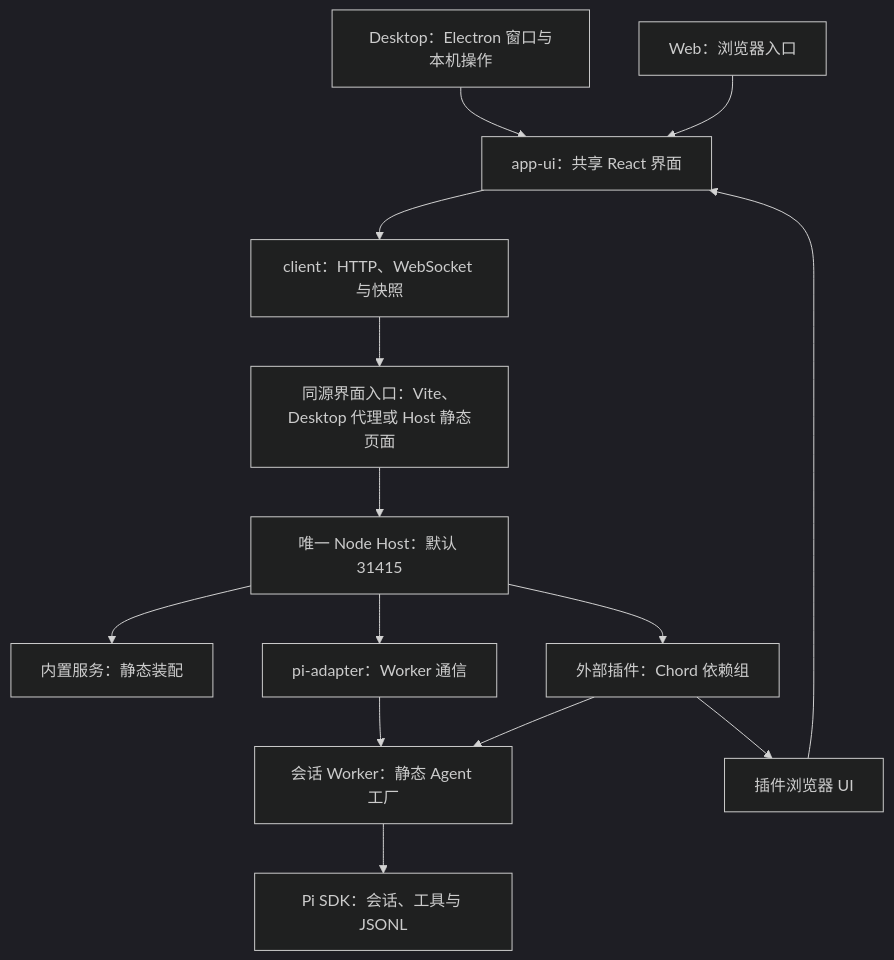
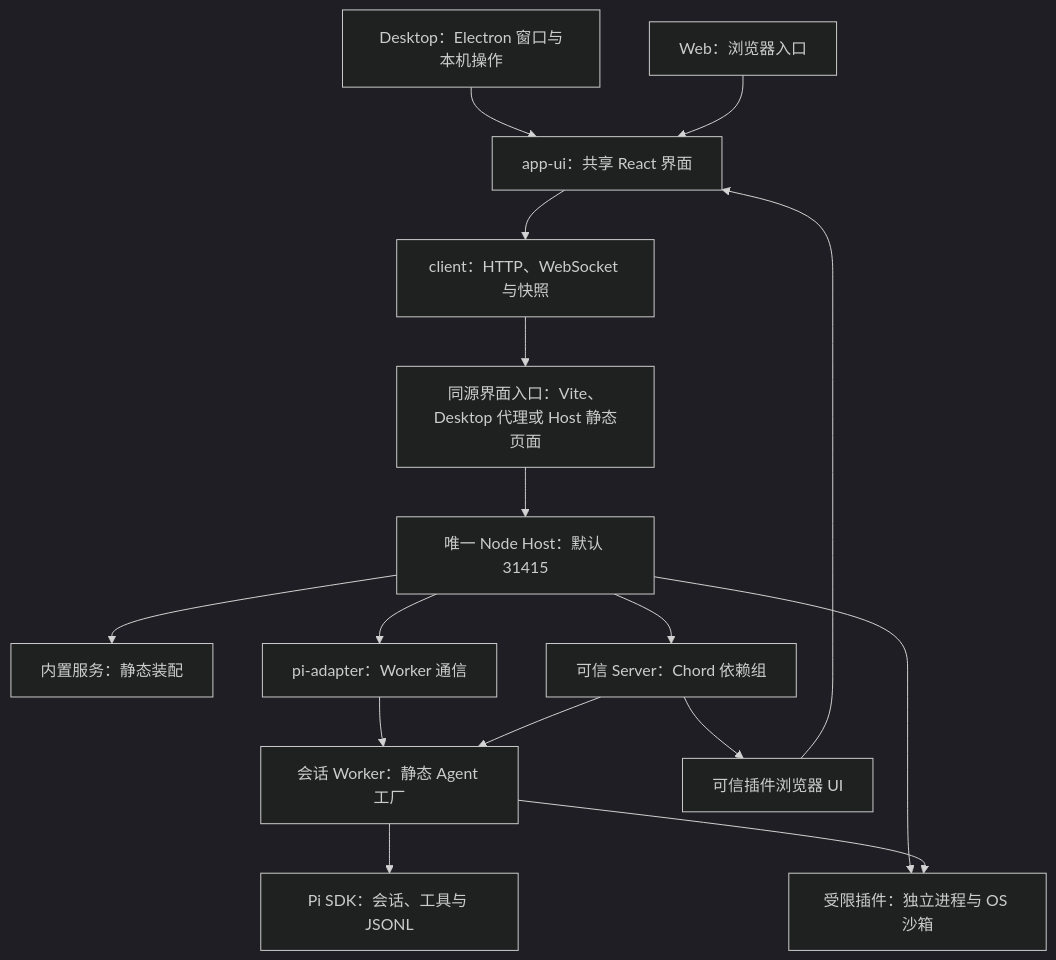
One commit to xidongdong-153/Pi-meme changed the diagram in docs/architecture.md. Above: the diagram before and after it, drawn with Mermaid. The commit also changed other lines of this file and 196 other files, not shown here.

````diff
--- a/docs/architecture.md
+++ b/docs/architecture.md
@@ -34,17 +34,19 @@
 ```mermaid
 %%{init: {"theme": "dark"}}%%
 flowchart TD
   Desktop["Desktop：Electron 窗口与本机操作"] --> App["app-ui：共享 React 界面"]
   Web["Web：浏览器入口"] --> App
   App --> Client["client：HTTP、WebSocket 与快照"]
   Client --> Entry["同源界面入口：Vite、Desktop 代理或 Host 静态页面"]
   Entry --> Host["唯一 Node Host：默认 31415"]
   Host --> Builtins["内置服务：静态装配"]
-  Host --> Plugins["外部插件：Chord 依赖组"]
+  Host --> Plugins["可信 Server：Chord 依赖组"]
+  Host --> Runner["受限插件：独立进程与 OS 沙箱"]
   Host --> Adapter["pi-adapter：Worker 通信"]
   Adapter --> Worker["会话 Worker：静态 Agent 工厂"]
   Worker --> Pi["Pi SDK：会话、工具与 JSONL"]
   Plugins --> Worker
-  Plugins --> UiPlugins["插件浏览器 UI"]
+  Worker --> Runner
+  Plugins --> UiPlugins["可信插件浏览器 UI"]
   UiPlugins --> App
 ```
````
